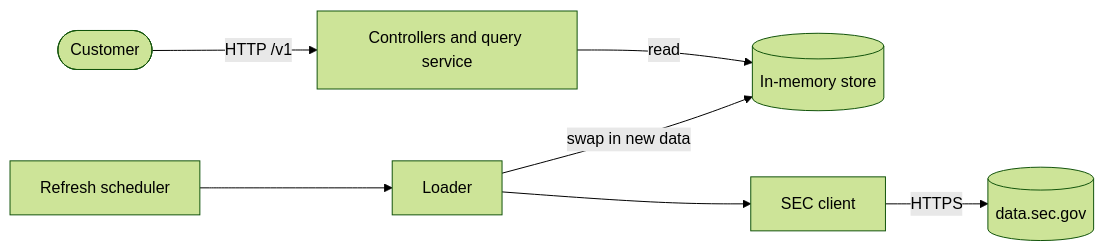
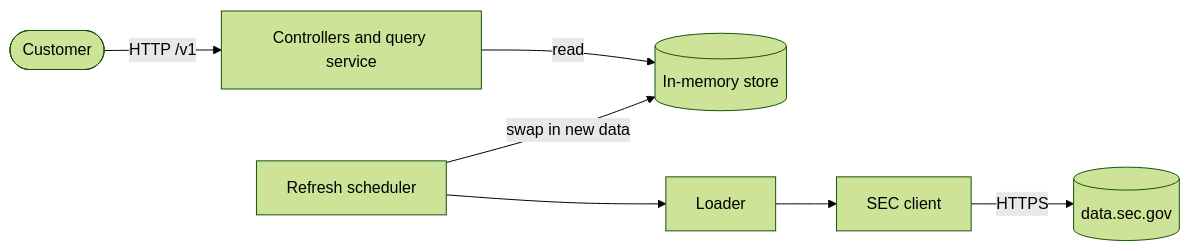
One commit to mostofakamal/edgar-filings-api changed the diagram in README.md. Above: the diagram before and after it, drawn with Mermaid (forest theme). The commit also changed other lines of this file and 7 other files, not shown here.

````diff
--- a/README.md
+++ b/README.md
@@ -12,7 +12,7 @@
 ```mermaid
 flowchart LR
     Customer([Customer]) -->|HTTP /v1| API[Controllers and query service]
     API -->|read| Store[(In-memory store)]
     Scheduler[Refresh scheduler] --> Loader --> Client[SEC client] -->|HTTPS| SEC[(data.sec.gov)]
-    Loader -->|swap in new data| Store
+    Scheduler -->|swap in new data| Store
 ```
````
